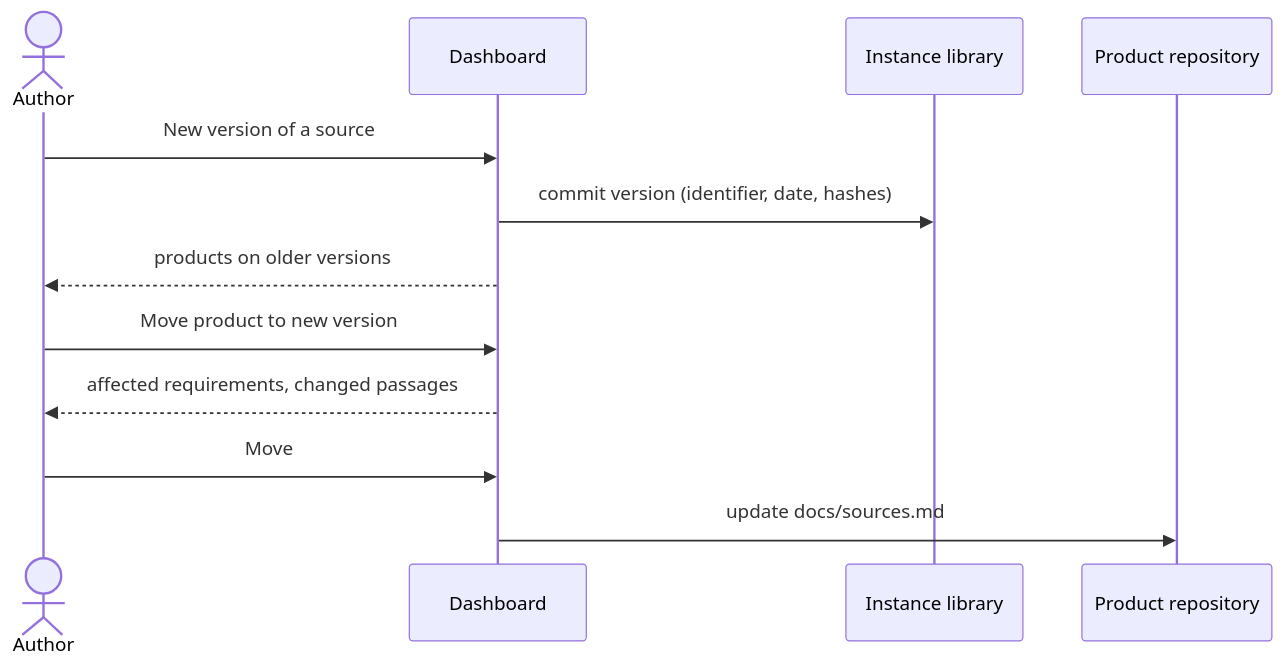
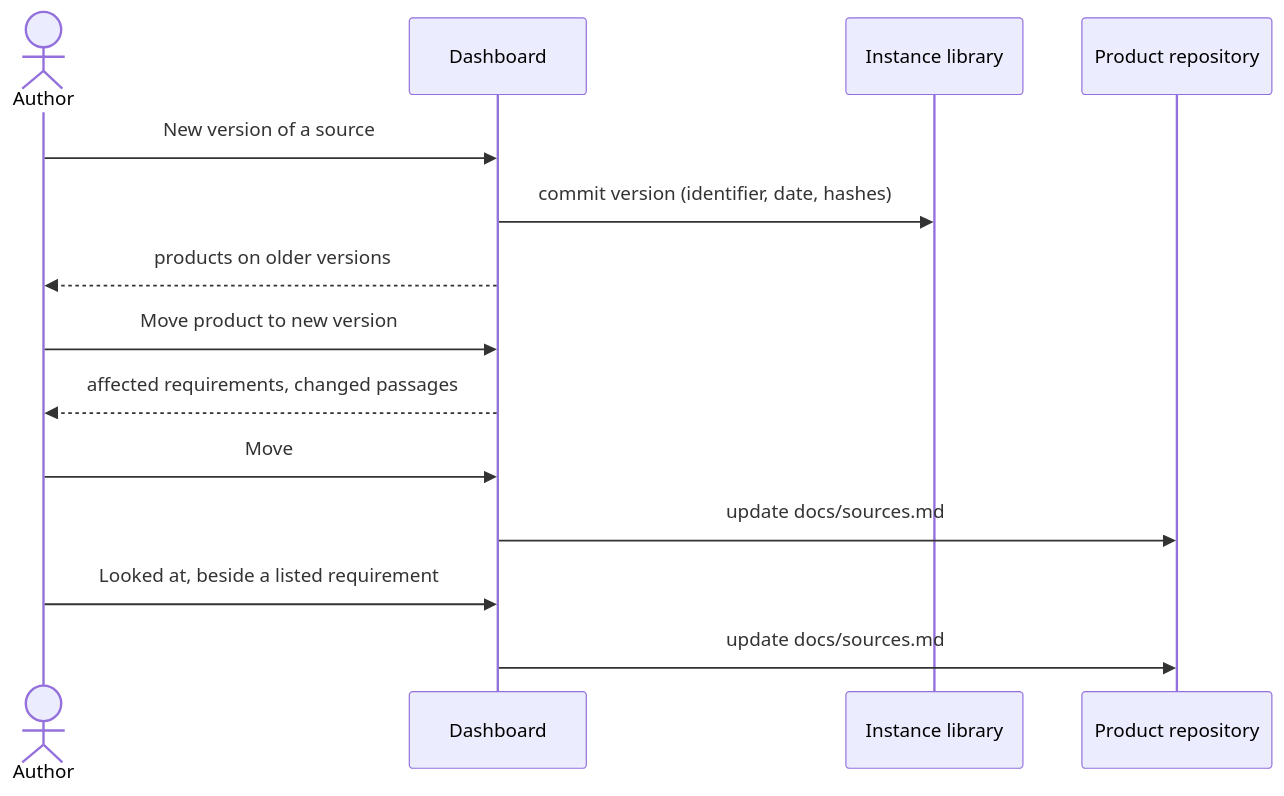
The diagram in docs/use-cases/UC-016-a-source-gets-a-new-version.md (akmaier/agent-m), drawn with Mermaid before and after one commit. The commit also changed other lines of this file and 3 other files, not shown here.

````diff
--- a/docs/use-cases/UC-016-a-source-gets-a-new-version.md
+++ b/docs/use-cases/UC-016-a-source-gets-a-new-version.md
@@ -44,14 +46,16 @@
 ```mermaid
 sequenceDiagram
     actor A as Author
     participant D as Dashboard
     participant I as Instance library
     participant P as Product repository
     A->>D: New version of a source
     D->>I: commit version (identifier, date, hashes)
     D-->>A: products on older versions
     A->>D: Move product to new version
     D-->>A: affected requirements, changed passages
     A->>D: Move
     D->>P: update docs/sources.md
+    A->>D: Looked at, beside a listed requirement
+    D->>P: update docs/sources.md
 ```
````
